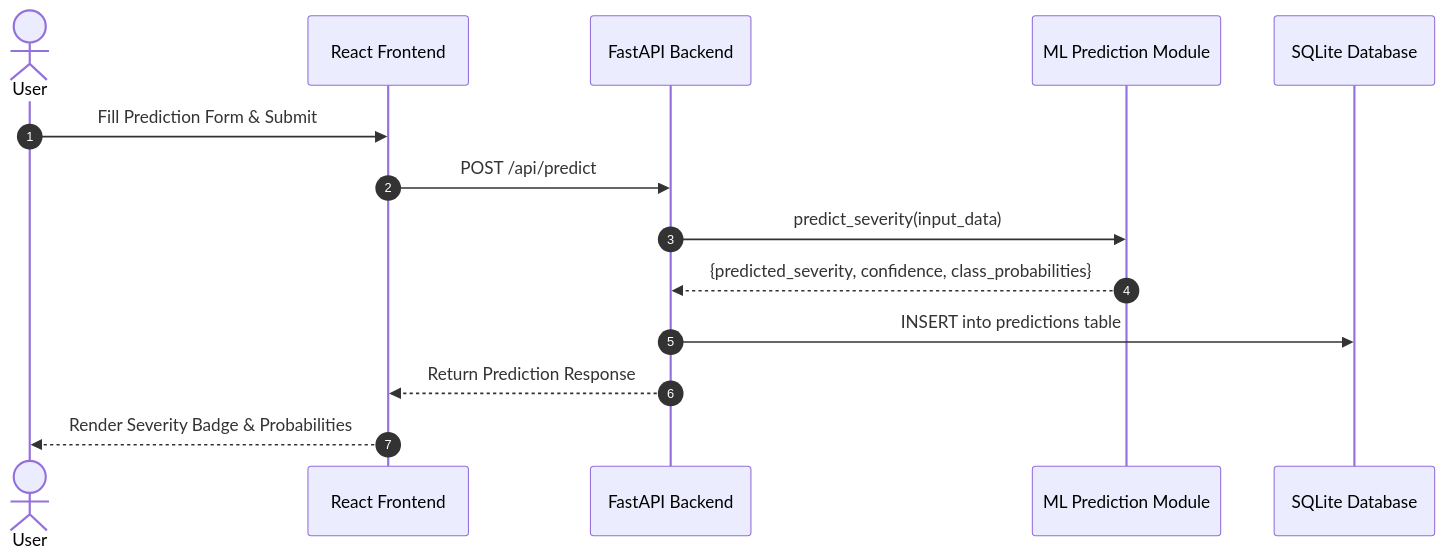
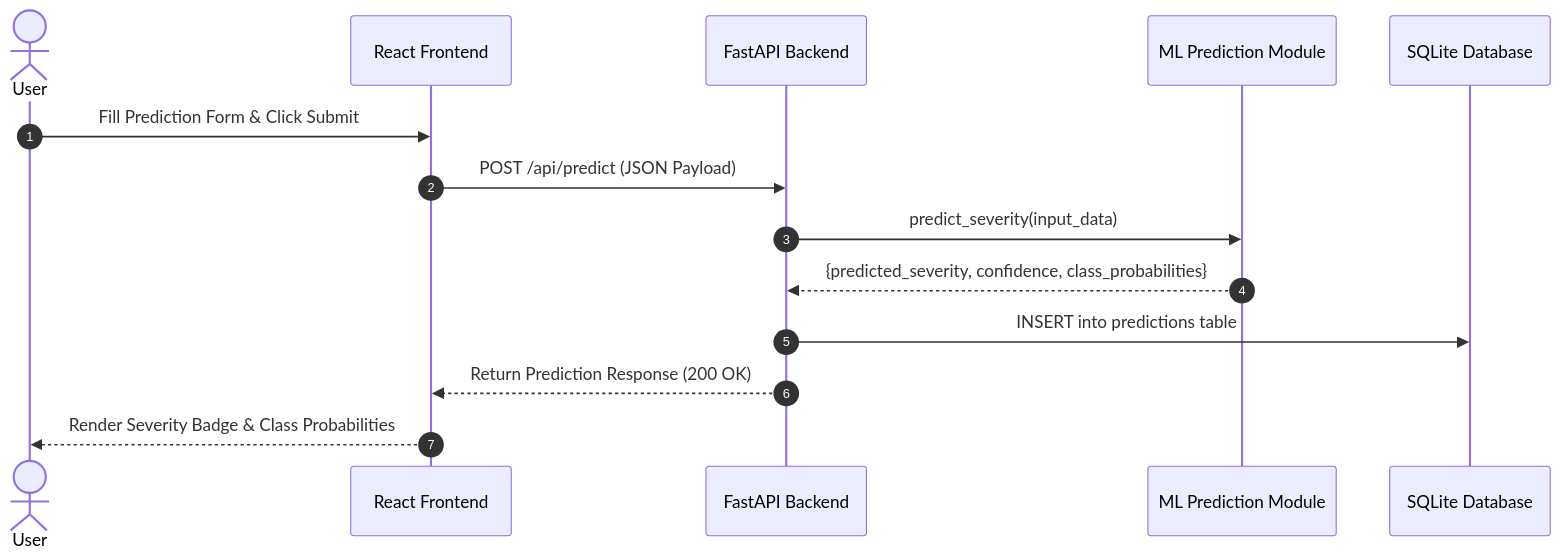
One commit to Ayankkk29/SafeRoute-AI changed the fourth of 6 diagrams in docs/academic_report.md. Above: the diagram before and after it, drawn with Mermaid. The commit also changed other lines of this file and 6 other files, not shown here.

````diff
--- a/docs/academic_report.md
+++ b/docs/academic_report.md
@@ -114,17 +205,17 @@
 ```mermaid
 sequenceDiagram
     autonumber
     actor User as User
     participant FE as React Frontend
     participant API as FastAPI Backend
     participant ML as ML Prediction Module
     participant DB as SQLite Database
 
-    User->>FE: Fill Prediction Form & Submit
-    FE->>API: POST /api/predict
+    User->>FE: Fill Prediction Form & Click Submit
+    FE->>API: POST /api/predict (JSON Payload)
     API->>ML: predict_severity(input_data)
     ML-->>API: {predicted_severity, confidence, class_probabilities}
     API->>DB: INSERT into predictions table
-    API-->>FE: Return Prediction Response
-    FE-->>User: Render Severity Badge & Probabilities
+    API-->>FE: Return Prediction Response (200 OK)
+    FE-->>User: Render Severity Badge & Class Probabilities
 ```
````
